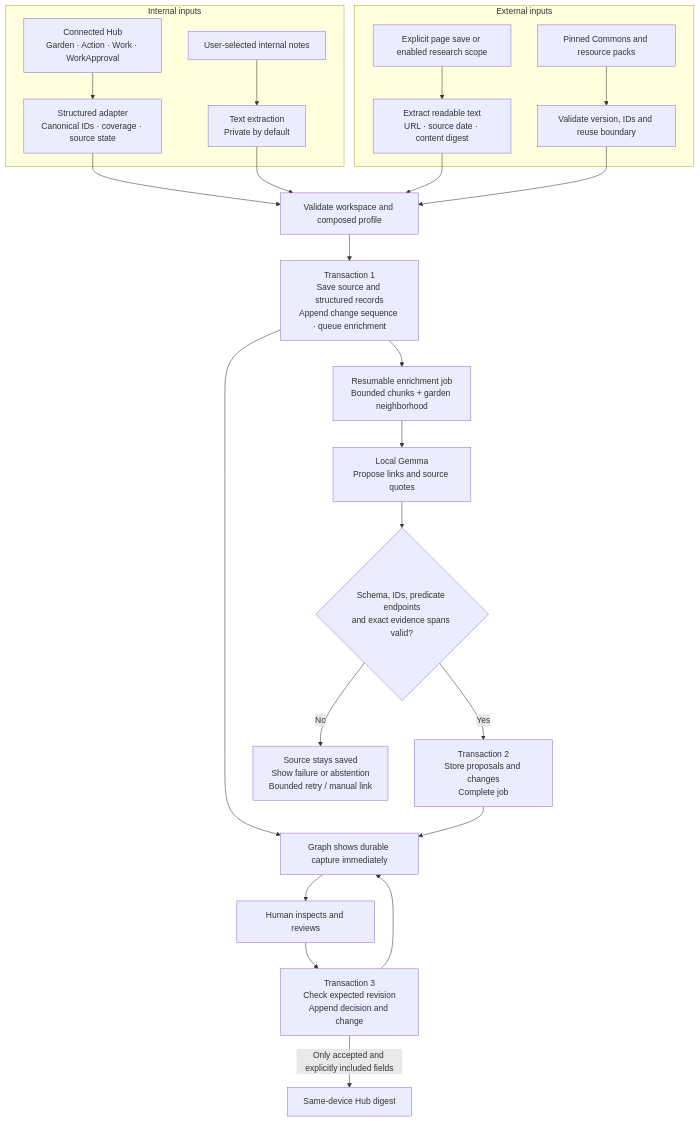
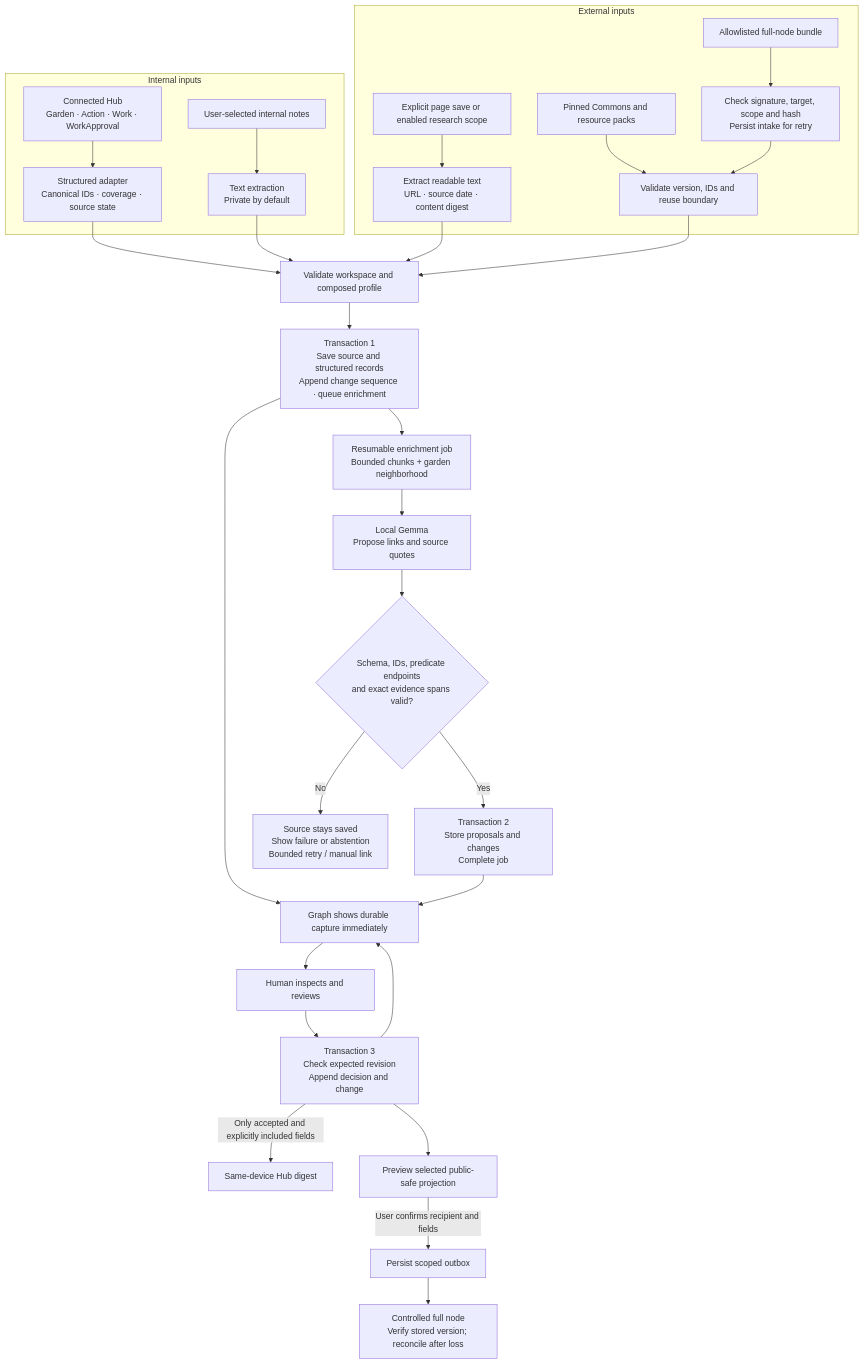
The second of 4 diagrams in .plans/ideas/grove/architecture-flows.md (greenpill-dev-guild/green-goods), drawn with Mermaid before and after one commit. The commit also changed other lines of this file and 11 other files, not shown here.

````diff
--- a/.plans/ideas/grove/architecture-flows.md
+++ b/.plans/ideas/grove/architecture-flows.md
@@ -43,27 +45,32 @@
 ```mermaid
 flowchart TB
   subgraph INTERNAL["Internal inputs"]
     H["Connected Hub<br/>Garden · Action · Work · WorkApproval"] --> I["Structured adapter<br/>Canonical IDs · coverage · source state"]
     N["User-selected internal notes"] --> T["Text extraction<br/>Private by default"]
   end
   subgraph EXTERNAL["External inputs"]
     P["Explicit page save or enabled research scope"] --> E["Extract readable text<br/>URL · source date · content digest"]
     C["Pinned Commons and resource packs"] --> V["Validate version, IDs and reuse boundary"]
+    K["Allowlisted full-node bundle"] --> KV["Check signature, target, scope and hash<br/>Persist intake for retry"]
+    KV --> V
   end
   I --> B["Validate workspace and composed profile"]
   T --> B
   E --> B
   V --> B
   B --> D["Transaction 1<br/>Save source and structured records<br/>Append change sequence · queue enrichment"]
   D --> G["Graph shows durable capture immediately"]
   D --> J["Resumable enrichment job<br/>Bounded chunks + garden neighborhood"]
   J --> M["Local Gemma<br/>Propose links and source quotes"]
   M --> Z{"Schema, IDs, predicate endpoints<br/>and exact evidence spans valid?"}
   Z -->|Yes| S["Transaction 2<br/>Store proposals and changes<br/>Complete job"]
   Z -->|No| F["Source stays saved<br/>Show failure or abstention<br/>Bounded retry / manual link"]
   S --> G
   G --> U["Human inspects and reviews"]
   U --> R["Transaction 3<br/>Check expected revision<br/>Append decision and change"]
   R --> G
   R -->|"Only accepted and explicitly included fields"| O["Same-device Hub digest"]
+  R --> PREVIEW["Preview selected public-safe projection"]
+  PREVIEW -->|"User confirms recipient and fields"| OB["Persist scoped outbox"]
+  OB --> PEER["Controlled full node<br/>Verify stored version; reconcile after loss"]
 ```
````
